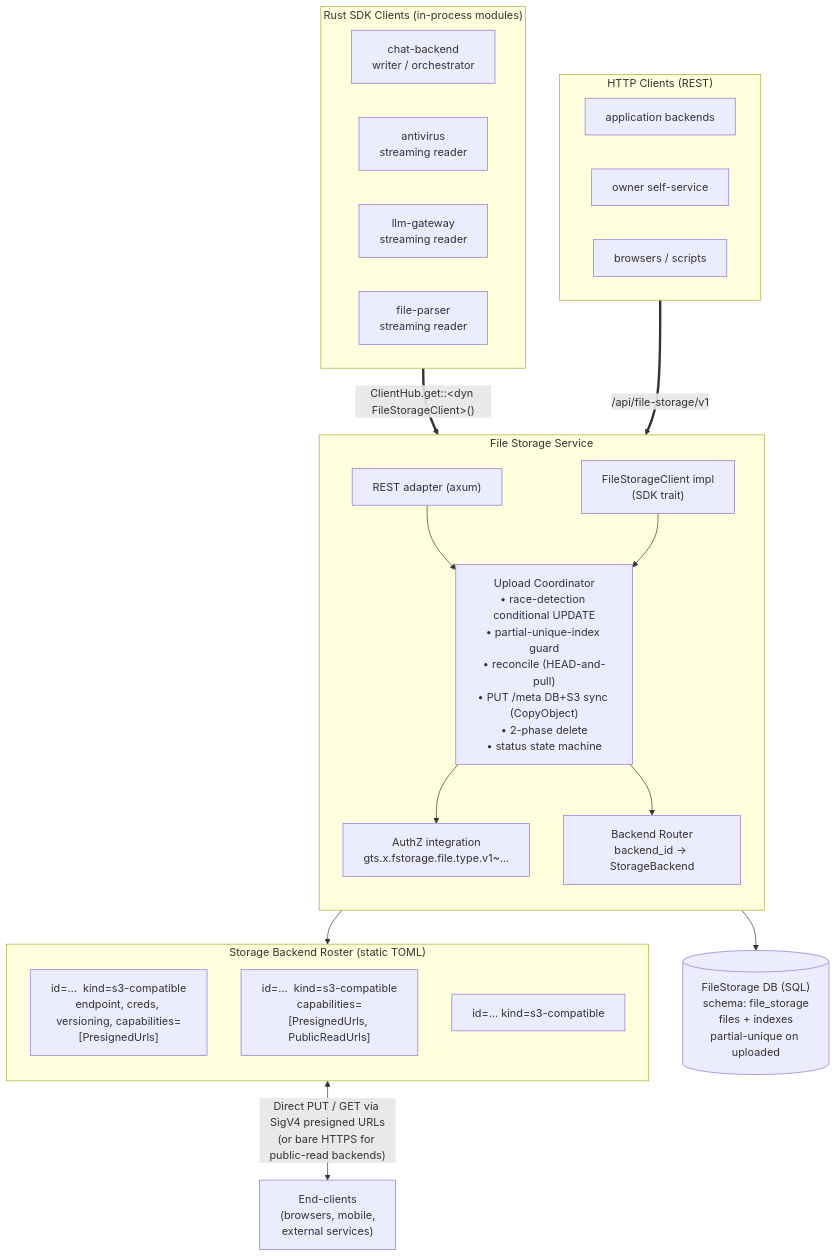
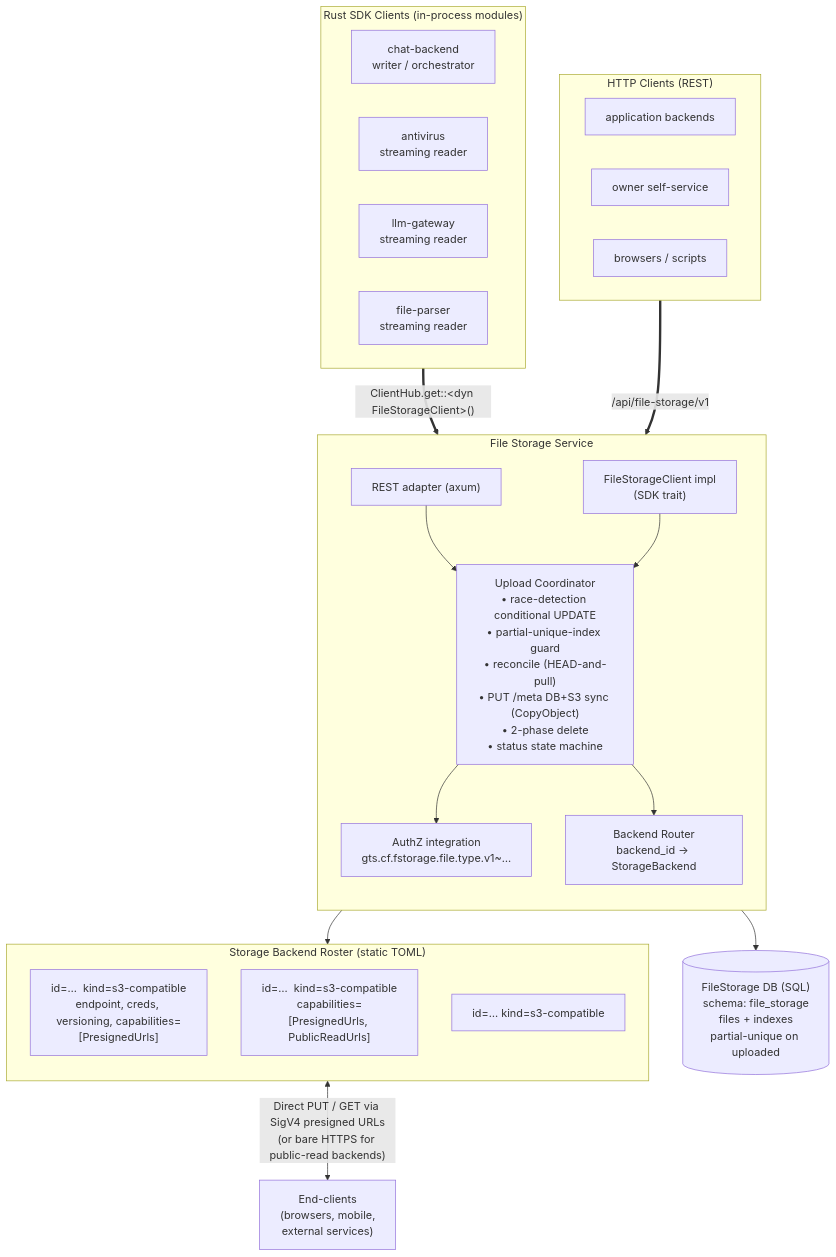
The third of 3 diagrams in modules/file-storage/docs/use-cases.md (ffedoroff/cyberfabric-core), drawn with Mermaid before and after one commit. The commit also changed other lines of this file and 3 other files, not shown here.

````diff
--- a/modules/file-storage/docs/use-cases.md
+++ b/modules/file-storage/docs/use-cases.md
@@ -362,47 +362,47 @@
 ```mermaid
 flowchart TB
     subgraph SDK["Rust SDK Clients (in-process modules)"]
         direction LR
         SDKChat["chat-backend<br/>writer / orchestrator"]
         SDKAv["antivirus<br/>streaming reader"]
         SDKLlm["llm-gateway<br/>streaming reader"]
         SDKFp["file-parser<br/>streaming reader"]
     end
 
     subgraph HTTP["HTTP Clients (REST)"]
         direction LR
         H1[application backends]
         H2[owner self-service]
         H3[browsers / scripts]
     end
 
     subgraph FS["File Storage Service"]
         direction TB
         REST["REST adapter (axum)"]
         SDKImpl["FileStorageClient impl<br/>(SDK trait)"]
         UC["Upload Coordinator<br/>• race-detection conditional UPDATE<br/>• partial-unique-index guard<br/>• reconcile (HEAD-and-pull)<br/>• PUT /meta DB+S3 sync (CopyObject)<br/>• 2-phase delete<br/>• status state machine"]
-        AUTHZ["AuthZ integration<br/>gts.x.fstorage.file.type.v1~…"]
+        AUTHZ["AuthZ integration<br/>gts.cf.fstorage.file.type.v1~…"]
         BR["Backend Router<br/>backend_id → StorageBackend"]
         REST --> UC
         SDKImpl --> UC
         UC --> AUTHZ
         UC --> BR
     end
 
     DB[("FileStorage DB (SQL)<br/>schema: file_storage<br/>files + indexes<br/>partial-unique on uploaded")]
 
     subgraph ROSTER["Storage Backend Roster (static TOML)"]
         direction TB
         B1["id=…  kind=s3-compatible<br/>endpoint, creds, versioning, capabilities=[PresignedUrls]"]
         B2["id=…  kind=s3-compatible<br/>capabilities=[PresignedUrls, PublicReadUrls]"]
         B3["id=…  kind=s3-compatible"]
     end
 
     EC["End-clients<br/>(browsers, mobile,<br/>external services)"]
 
     SDK ==>|"ClientHub.get::&lt;dyn FileStorageClient&gt;()"| SDKImpl
     HTTP ==>|"/api/file-storage/v1"| REST
     UC --> DB
     BR --> ROSTER
     ROSTER <-->|"Direct PUT / GET via SigV4 presigned URLs<br/>(or bare HTTPS for public-read backends)"| EC
 ```
````
